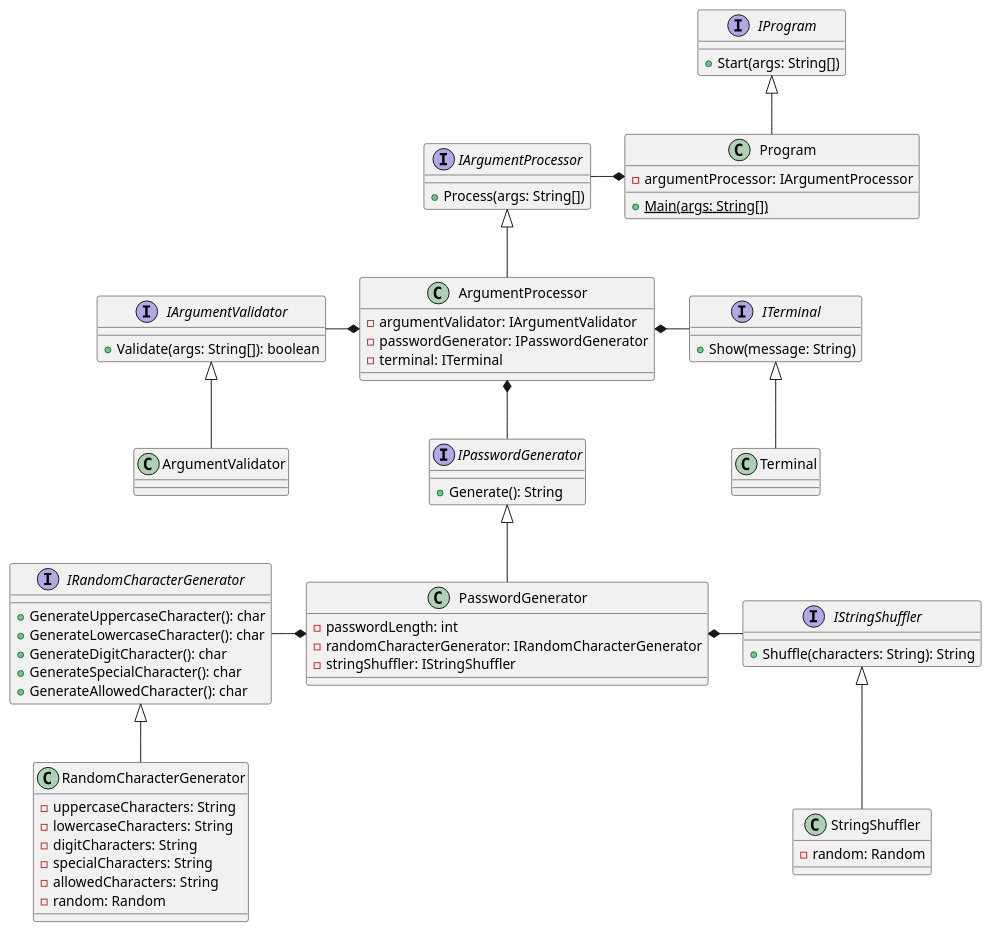
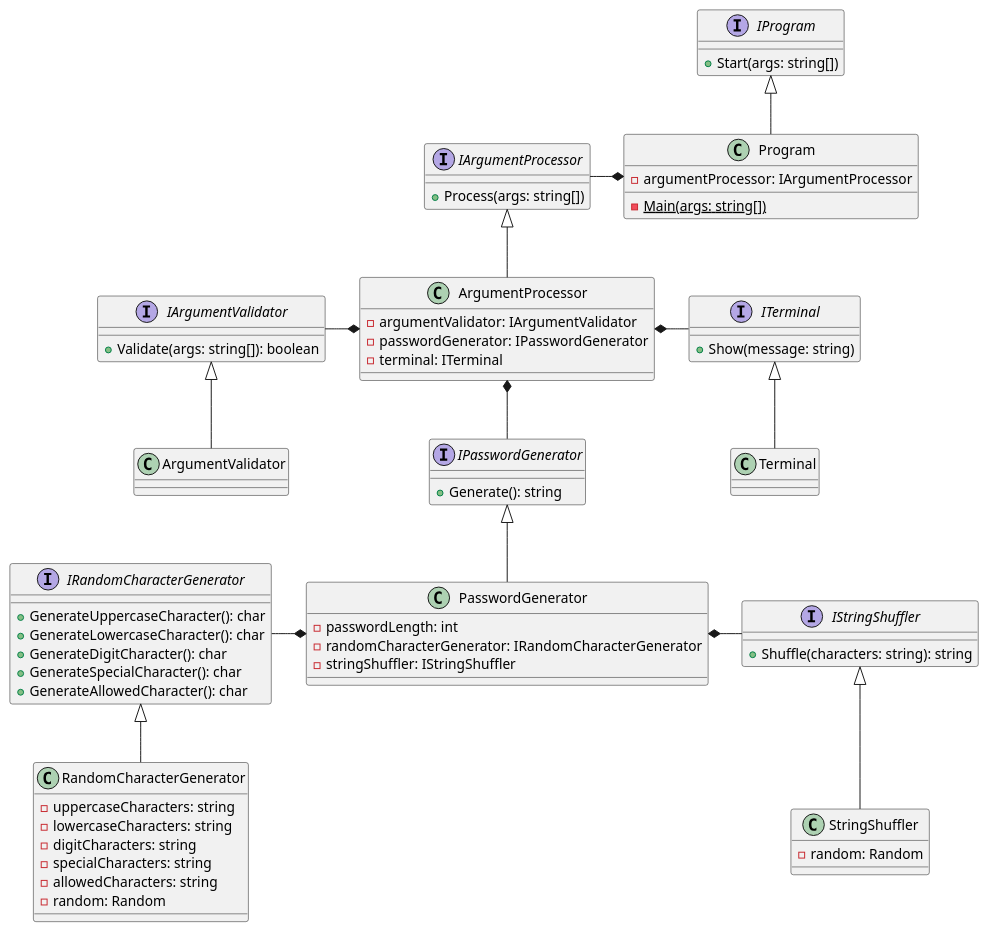
Before and after one commit to djvelimir/demo-dotnet-cli: the diagram in diagrams/Class.puml, drawn with PlantUML. The commit also changed 12 other files, not shown here.

```diff
--- a/diagrams/Class.puml
+++ b/diagrams/Class.puml
@@ -1,88 +1,88 @@
 @startuml Class
 'https://plantuml.com/class-diagram
 
 interface IProgram {
-    + Start(args: String[])
+    + Start(args: string[])
 }
 
 class Program {
     - argumentProcessor: IArgumentProcessor
-    + {static} Main(args: String[])
+    - {static} Main(args: string[])
 }
 
 interface IArgumentValidator {
-    + Validate(args: String[]): boolean
+    + Validate(args: string[]): boolean
 }
 
 class ArgumentValidator {
 }
 
 interface IArgumentProcessor {
-    + Process(args: String[])
+    + Process(args: string[])
 }
 
 class ArgumentProcessor {
     - argumentValidator: IArgumentValidator
     - passwordGenerator: IPasswordGenerator
     - terminal: ITerminal
 }
 
 interface ITerminal {
-    + Show(message: String)
+    + Show(message: string)
 }
 
 class Terminal {
 }
 
 interface IPasswordGenerator {
-    + Generate(): String
+    + Generate(): string
 }
 
 class PasswordGenerator {
     - passwordLength: int
     - randomCharacterGenerator: IRandomCharacterGenerator
     - stringShuffler: IStringShuffler
 }
 
 interface IRandomCharacterGenerator {
     + GenerateUppercaseCharacter(): char
     + GenerateLowercaseCharacter(): char
     + GenerateDigitCharacter(): char
     + GenerateSpecialCharacter(): char
     + GenerateAllowedCharacter(): char
 }
 
 class RandomCharacterGenerator {
-    - uppercaseCharacters: String
-    - lowercaseCharacters: String
-    - digitCharacters: String
-    - specialCharacters: String
-    - allowedCharacters: String
+    - uppercaseCharacters: string
+    - lowercaseCharacters: string
+    - digitCharacters: string
+    - specialCharacters: string
+    - allowedCharacters: string
     - random: Random
 }
 
 interface IStringShuffler {
-    + Shuffle(characters: String): String
+    + Shuffle(characters: string): string
 }
 
 class StringShuffler {
     - random: Random
 }
 
 IArgumentValidator <|-- ArgumentValidator
 IArgumentProcessor <|-- ArgumentProcessor
 ITerminal <|-- Terminal
 IPasswordGenerator <|-- PasswordGenerator
 IProgram <|-- Program
 IRandomCharacterGenerator <|-- RandomCharacterGenerator
 IStringShuffler <|-- StringShuffler
 
 Program *--l IArgumentProcessor
 
 ArgumentProcessor *--l IArgumentValidator
 ArgumentProcessor *--d IPasswordGenerator
 ArgumentProcessor *--r ITerminal
 
 PasswordGenerator *--l IRandomCharacterGenerator
 PasswordGenerator *--r IStringShuffler
 @enduml
```
